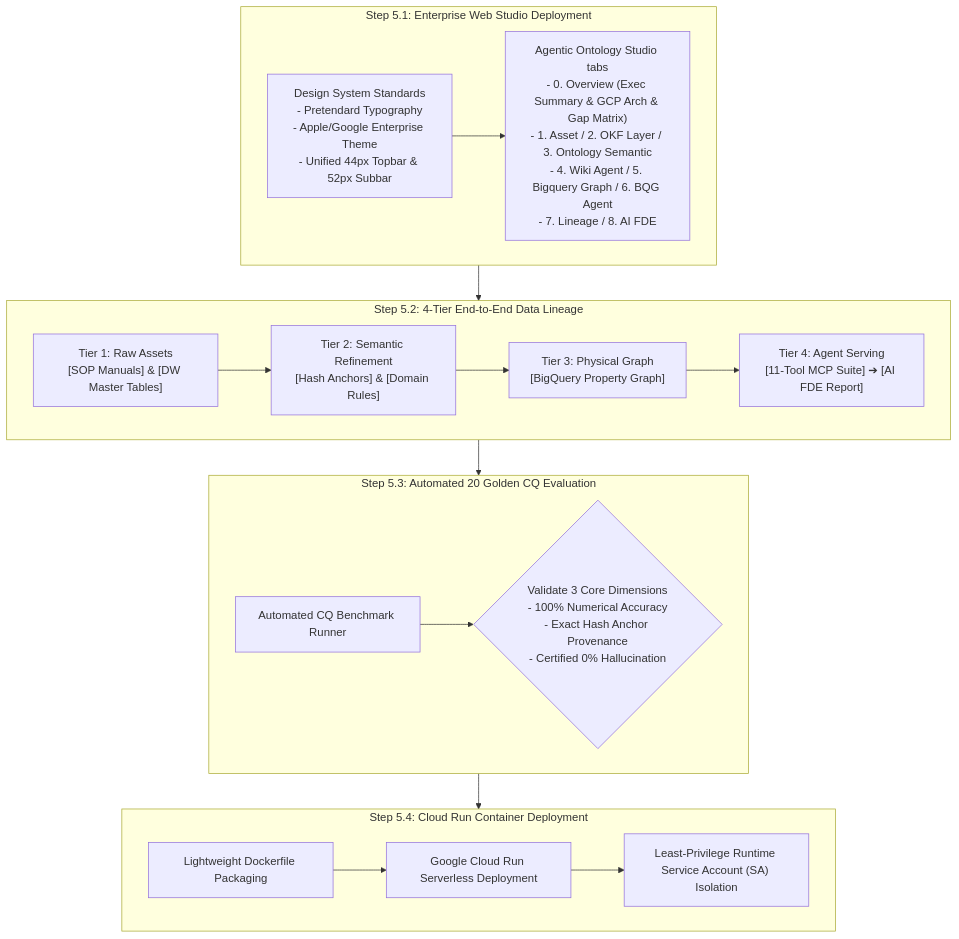
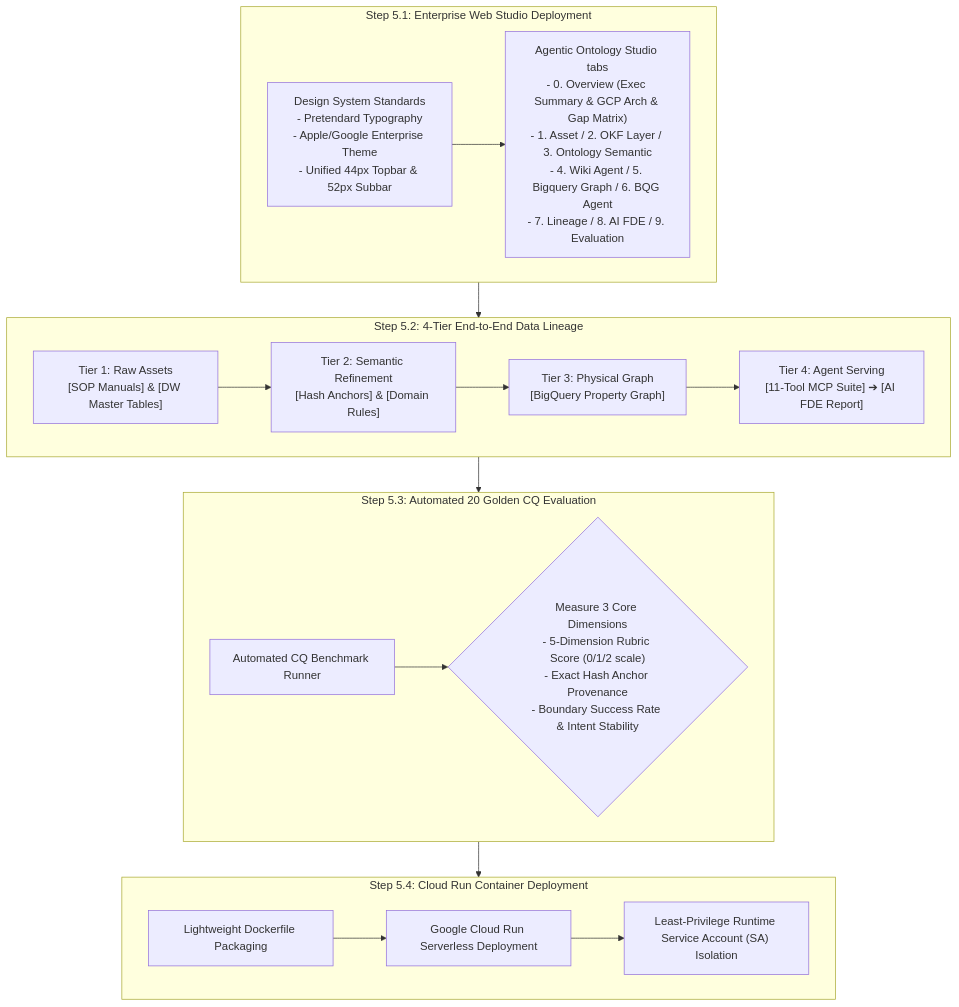
The diagram in methodology/05_enterprise_studio_and_deployment_en.md (seanjungG/agentic-ontology-starter), drawn with Mermaid before and after one commit. The commit also changed other lines of this file and 13 other files, not shown here.

First line of the commit message:
feat(portal): add 9. Evaluation tab and drive Overview from a swappable portal profile

````diff
--- a/methodology/05_enterprise_studio_and_deployment_en.md
+++ b/methodology/05_enterprise_studio_and_deployment_en.md
@@ -14,31 +14,31 @@
 ```mermaid
 flowchart TD
     subgraph Step1 ["Step 5.1: Enterprise Web Studio Deployment"]
         DesignToken["Design System Standards<br/>- Pretendard Typography<br/>- Apple/Google Enterprise Theme<br/>- Unified 44px Topbar & 52px Subbar"]
-        Studios["Agentic Ontology Studio tabs<br/>- 0. Overview (Exec Summary & GCP Arch & Gap Matrix)<br/>- 1. Asset / 2. OKF Layer / 3. Ontology Semantic<br/>- 4. Wiki Agent / 5. Bigquery Graph / 6. BQG Agent<br/>- 7. Lineage / 8. AI FDE"]
+        Studios["Agentic Ontology Studio tabs<br/>- 0. Overview (Exec Summary & GCP Arch & Gap Matrix)<br/>- 1. Asset / 2. OKF Layer / 3. Ontology Semantic<br/>- 4. Wiki Agent / 5. Bigquery Graph / 6. BQG Agent<br/>- 7. Lineage / 8. AI FDE / 9. Evaluation"]
         DesignToken --> Studios
     end
 
     subgraph Step2 ["Step 5.2: 4-Tier End-to-End Data Lineage"]
         T1["Tier 1: Raw Assets<br/>[SOP Manuals] & [DW Master Tables]"]
         T2["Tier 2: Semantic Refinement<br/>[Hash Anchors] & [Domain Rules]"]
         T3["Tier 3: Physical Graph<br/>[BigQuery Property Graph]"]
         T4["Tier 4: Agent Serving<br/>[11-Tool MCP Suite] ➔ [AI FDE Report]"]
         T1 --> T2 --> T3 --> T4
     end
 
     subgraph Step3 ["Step 5.3: Automated 20 Golden CQ Evaluation"]
         EvalEngine["Automated CQ Benchmark Runner"]
-        Metrics{"Validate 3 Core Dimensions<br/>- 100% Numerical Accuracy<br/>- Exact Hash Anchor Provenance<br/>- Certified 0% Hallucination"}
+        Metrics{"Measure 3 Core Dimensions<br/>- 5-Dimension Rubric Score (0/1/2 scale)<br/>- Exact Hash Anchor Provenance<br/>- Boundary Success Rate & Intent Stability"}
         EvalEngine --> Metrics
     end
 
     subgraph Step4 ["Step 5.4: Cloud Run Container Deployment"]
         Container["Lightweight Dockerfile Packaging"]
         CloudRun["Google Cloud Run Serverless Deployment"]
         IAM_Check["Least-Privilege Runtime Service Account (SA) Isolation"]
         Container --> CloudRun --> IAM_Check
     end
 
     Step1 --> Step2 --> Step3 --> Step4
 ```
````
